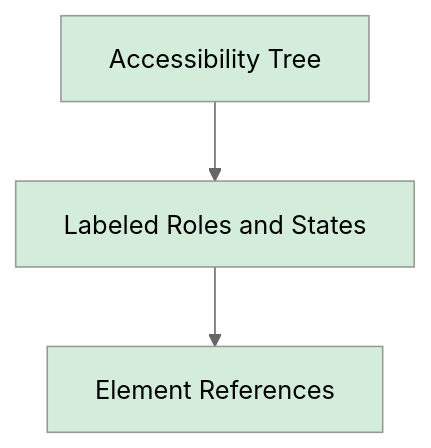
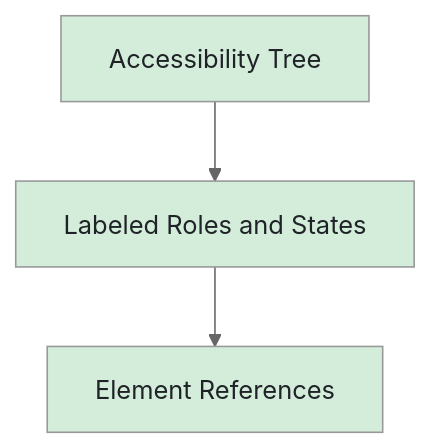
The third of 11 diagrams in _posts/2026-03-05-playwright-for-browser-automation-in-ai-agents.md (bytetunnels/bytetunnels.github.com), drawn with Mermaid (neutral theme) before and after one commit. The commit also changed other lines of this file and 118 other files, not shown here.

Commit message:
feat: improve diagram styling and compact wide flowcharts

````diff
--- a/_posts/2026-03-05-playwright-for-browser-automation-in-ai-agents.md
+++ b/_posts/2026-03-05-playwright-for-browser-automation-in-ai-agents.md
@@ -43,7 +43,7 @@
 ```mermaid
 graph TD
     G[Accessibility Tree] --> H[Labeled Roles and States] --> I[Element References]
-    style G fill:#d4edda
-    style H fill:#d4edda
-    style I fill:#d4edda
+    style G fill:#d4edda,color:#1f2328
+    style H fill:#d4edda,color:#1f2328
+    style I fill:#d4edda,color:#1f2328
 ```
````
